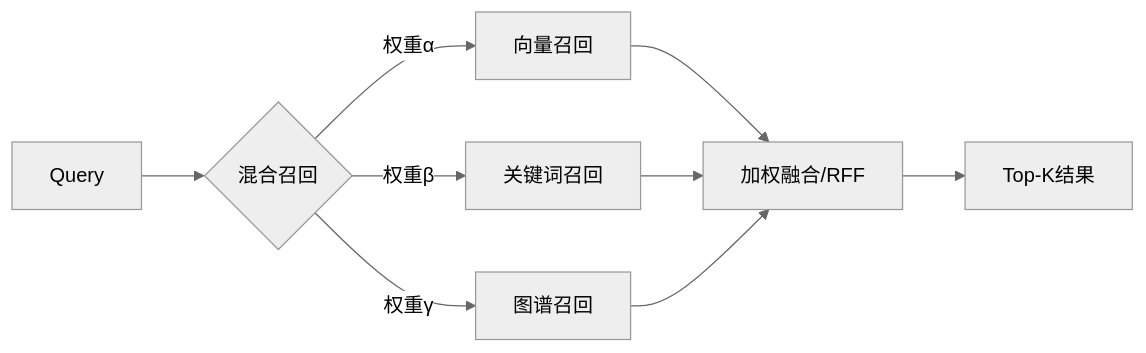
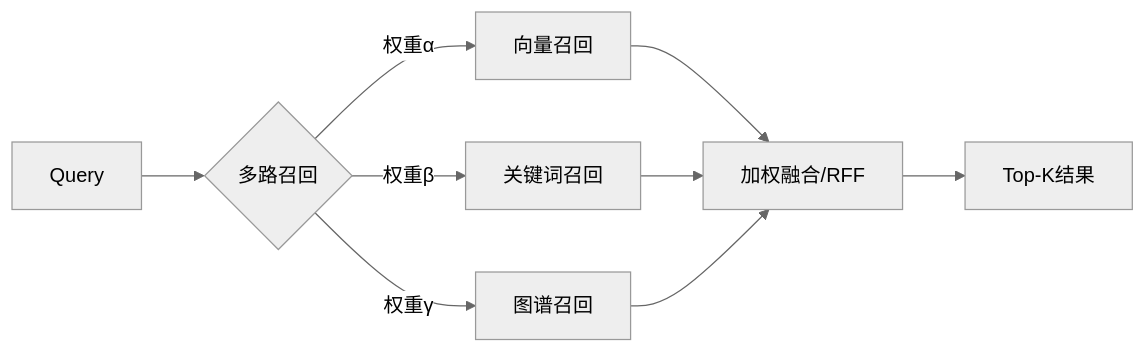
One commit to ccppw604TinaSilva/EveryDay changed the first of 2 diagrams in Backup/基于向量检索实现基础RAG服务.md. Above: the diagram before and after it, drawn with Mermaid. The commit also changed other lines of this file, not shown here.

````diff
--- a/Backup/基于向量检索实现基础RAG服务.md
+++ b/Backup/基于向量检索实现基础RAG服务.md
@@ -285,10 +285,10 @@
 ```mermaid
 %%{init: {"theme": "neutral" } }%%
 graph LR
-    Q[Query] --> M{混合召回}
+    Q[Query] --> M{多路召回}
     M -->|权重α| V[向量召回]
     M -->|权重β| K[关键词召回]
     M -->|权重γ| S[图谱召回]
     V & K & S --> F[加权融合/RFF]
     F --> R[Top-K结果]
 ```
````
